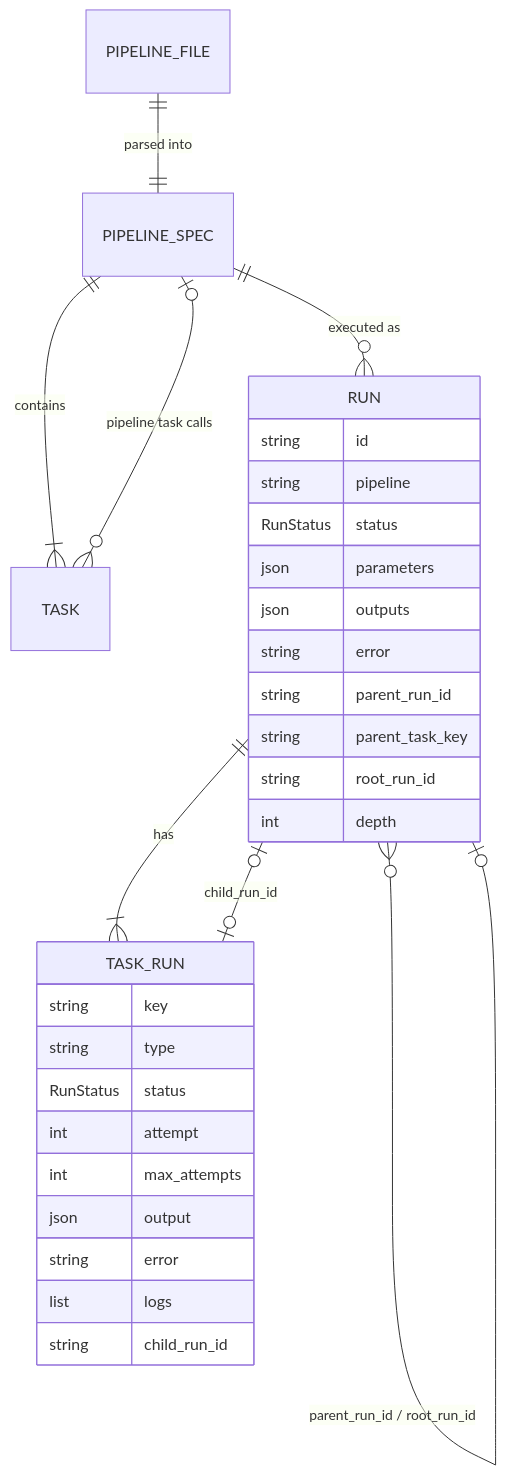
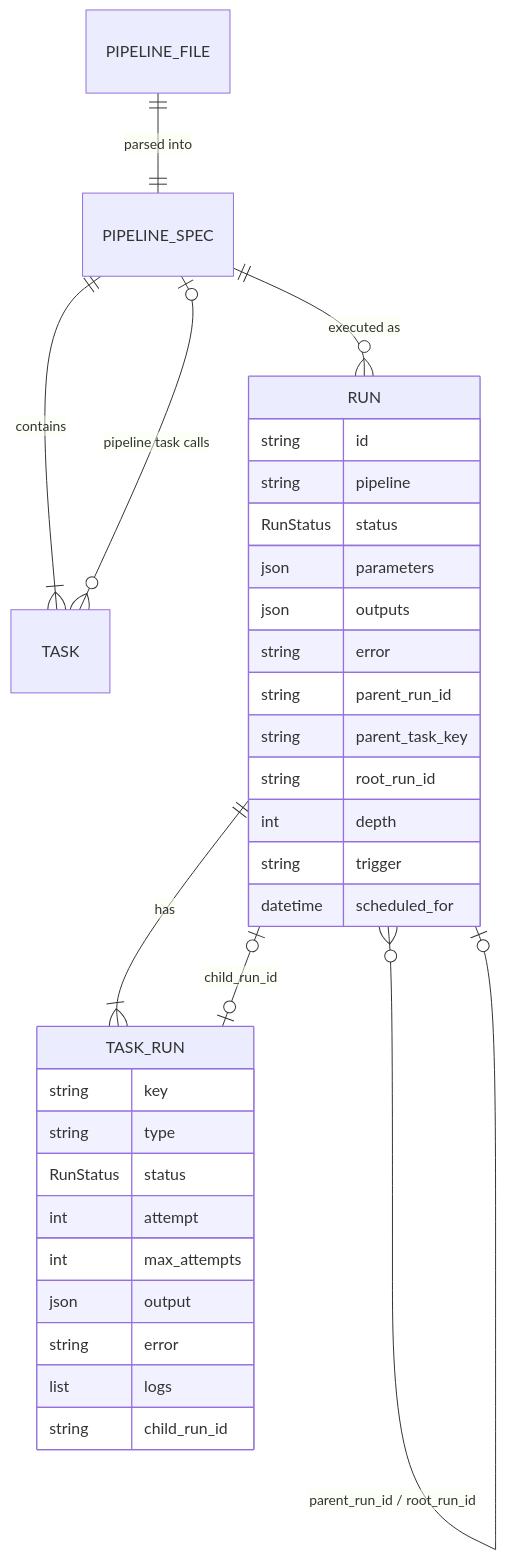
One commit to ilanamarpersonal/prooflix-core changed the second of 4 diagrams in docs/server.md. Above: the diagram before and after it, drawn with Mermaid. The commit also changed other lines of this file and 6 other files, not shown here.

````diff
--- a/docs/server.md
+++ b/docs/server.md
@@ -81,34 +114,36 @@
 ```mermaid
 erDiagram
     PIPELINE_FILE ||--|| PIPELINE_SPEC : "parsed into"
     PIPELINE_SPEC ||--|{ TASK : contains
     TASK }o--o| PIPELINE_SPEC : "pipeline task calls"
     PIPELINE_SPEC ||--o{ RUN : "executed as"
     RUN ||--|{ TASK_RUN : has
     TASK_RUN |o--o| RUN : "child_run_id"
     RUN }o--o| RUN : "parent_run_id / root_run_id"
 
     RUN {
         string id
         string pipeline
         RunStatus status
         json parameters
         json outputs
         string error
         string parent_run_id
         string parent_task_key
         string root_run_id
         int depth
+        string trigger
+        datetime scheduled_for
     }
     TASK_RUN {
         string key
         string type
         RunStatus status
         int attempt
         int max_attempts
         json output
         string error
         list logs
         string child_run_id
     }
 ```
````
